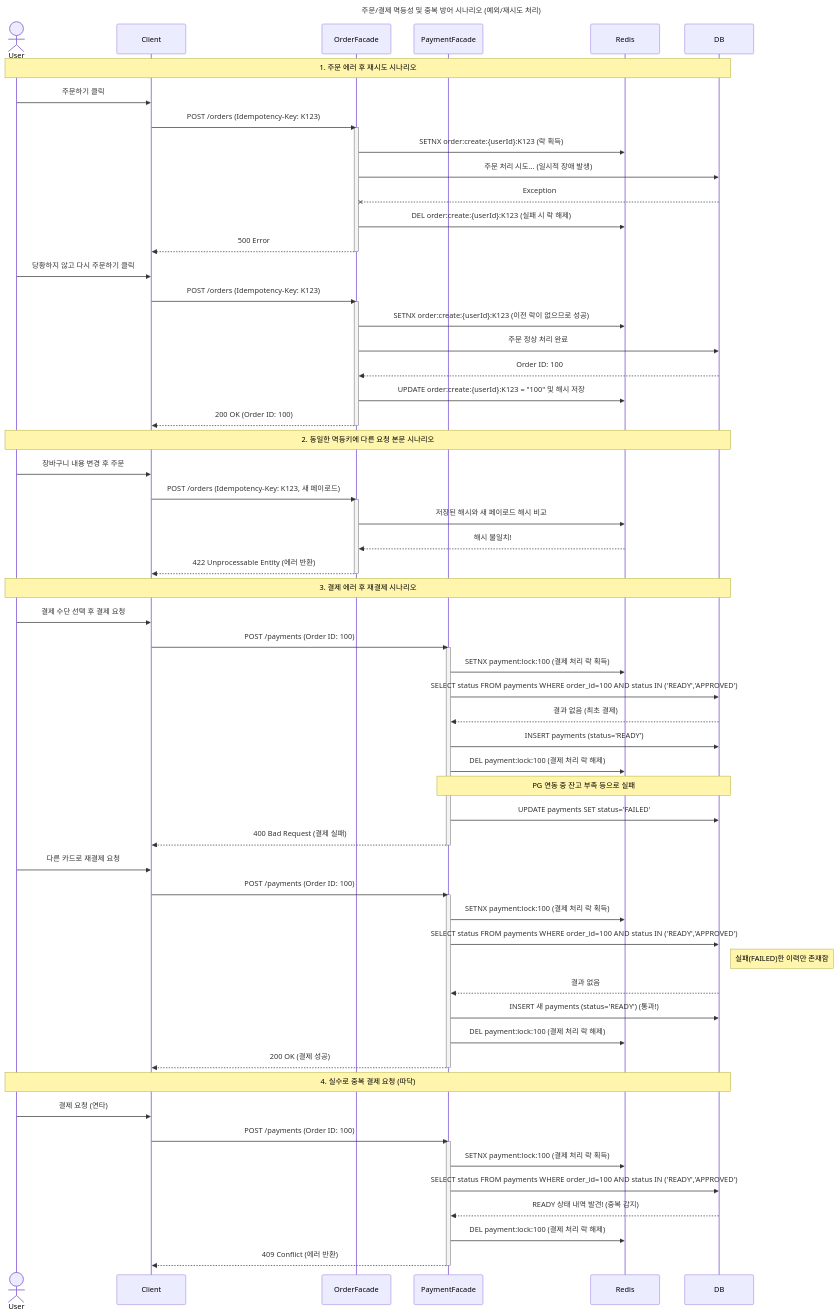
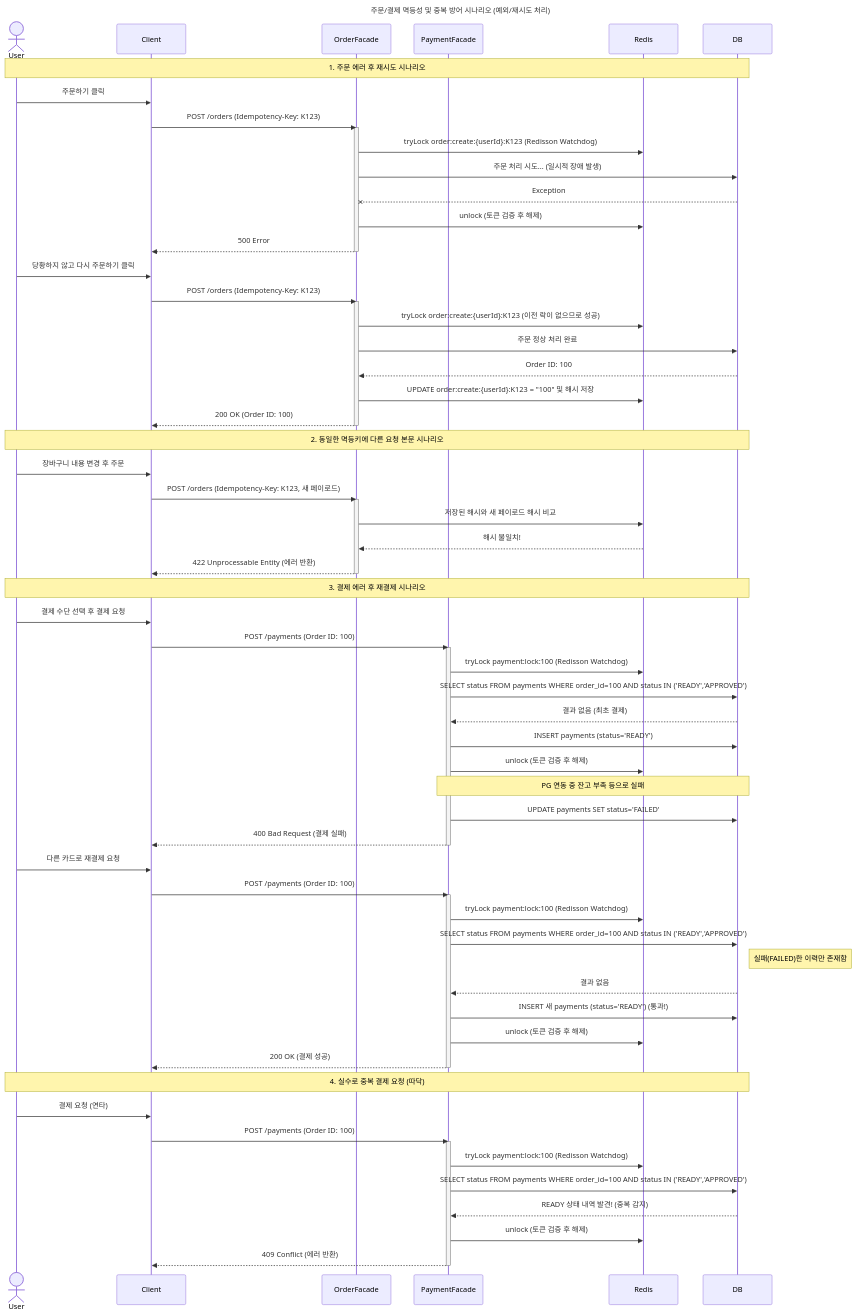
The second of 9 diagrams in docs/week2/02-sequence-diagrams.md (loopers-labs/loop-pack-be-l2-vol4-java), drawn with Mermaid before and after one commit. The commit also changed 2 other files, not shown here.

Commit message:
docs: Redisson 관련 설계 문서 현행화
STRUCTURAL CHANGE

````diff
--- a/docs/week2/02-sequence-diagrams.md
+++ b/docs/week2/02-sequence-diagrams.md
@@ -47,77 +47,77 @@
 ```mermaid
 sequenceDiagram
     title 주문/결제 멱등성 및 중복 방어 시나리오 (예외/재시도 처리)
     actor User
     participant Client
     participant OrderFacade
     participant PaymentFacade
     participant Redis
     participant DB
 
     Note over User, DB: 1. 주문 에러 후 재시도 시나리오
     User->>Client: 주문하기 클릭
     Client->>OrderFacade: POST /orders (Idempotency-Key: K123)
     activate OrderFacade
-    OrderFacade->>Redis: SETNX order:create:{userId}:K123 (락 획득)
+    OrderFacade->>Redis: tryLock order:create:{userId}:K123 (Redisson Watchdog)
     OrderFacade->>DB: 주문 처리 시도... (일시적 장애 발생)
     DB--xOrderFacade: Exception
-    OrderFacade->>Redis: DEL order:create:{userId}:K123 (실패 시 락 해제)
+    OrderFacade->>Redis: unlock (토큰 검증 후 해제)
     OrderFacade-->>Client: 500 Error
     deactivate OrderFacade
 
     User->>Client: 당황하지 않고 다시 주문하기 클릭
     Client->>OrderFacade: POST /orders (Idempotency-Key: K123)
     activate OrderFacade
-    OrderFacade->>Redis: SETNX order:create:{userId}:K123 (이전 락이 없으므로 성공)
+    OrderFacade->>Redis: tryLock order:create:{userId}:K123 (이전 락이 없으므로 성공)
     OrderFacade->>DB: 주문 정상 처리 완료
     DB-->>OrderFacade: Order ID: 100
     OrderFacade->>Redis: UPDATE order:create:{userId}:K123 = "100" 및 해시 저장
     OrderFacade-->>Client: 200 OK (Order ID: 100)
     deactivate OrderFacade
 
     Note over User, DB: 2. 동일한 멱등키에 다른 요청 본문 시나리오
     User->>Client: 장바구니 내용 변경 후 주문
     Client->>OrderFacade: POST /orders (Idempotency-Key: K123, 새 페이로드)
     activate OrderFacade
     OrderFacade->>Redis: 저장된 해시와 새 페이로드 해시 비교
     Redis-->>OrderFacade: 해시 불일치!
     OrderFacade-->>Client: 422 Unprocessable Entity (에러 반환)
     deactivate OrderFacade
 
     Note over User, DB: 3. 결제 에러 후 재결제 시나리오
     User->>Client: 결제 수단 선택 후 결제 요청
     Client->>PaymentFacade: POST /payments (Order ID: 100)
     activate PaymentFacade
-    PaymentFacade->>Redis: SETNX payment:lock:100 (결제 처리 락 획득)
+    PaymentFacade->>Redis: tryLock payment:lock:100 (Redisson Watchdog)
     PaymentFacade->>DB: SELECT status FROM payments WHERE order_id=100 AND status IN ('READY','APPROVED')
     DB-->>PaymentFacade: 결과 없음 (최초 결제)
     PaymentFacade->>DB: INSERT payments (status='READY')
-    PaymentFacade->>Redis: DEL payment:lock:100 (결제 처리 락 해제)
+    PaymentFacade->>Redis: unlock (토큰 검증 후 해제)
     Note over PaymentFacade, DB: PG 연동 중 잔고 부족 등으로 실패
     PaymentFacade->>DB: UPDATE payments SET status='FAILED'
     PaymentFacade-->>Client: 400 Bad Request (결제 실패)
     deactivate PaymentFacade
 
     User->>Client: 다른 카드로 재결제 요청
     Client->>PaymentFacade: POST /payments (Order ID: 100)
     activate PaymentFacade
-    PaymentFacade->>Redis: SETNX payment:lock:100 (결제 처리 락 획득)
+    PaymentFacade->>Redis: tryLock payment:lock:100 (Redisson Watchdog)
     PaymentFacade->>DB: SELECT status FROM payments WHERE order_id=100 AND status IN ('READY','APPROVED')
     Note right of DB: 실패(FAILED)한 이력만 존재함
     DB-->>PaymentFacade: 결과 없음
     PaymentFacade->>DB: INSERT 새 payments (status='READY') (통과!)
-    PaymentFacade->>Redis: DEL payment:lock:100 (결제 처리 락 해제)
+    PaymentFacade->>Redis: unlock (토큰 검증 후 해제)
     PaymentFacade-->>Client: 200 OK (결제 성공)
     deactivate PaymentFacade
 
     Note over User, DB: 4. 실수로 중복 결제 요청 (따닥)
     User->>Client: 결제 요청 (연타)
     Client->>PaymentFacade: POST /payments (Order ID: 100)
     activate PaymentFacade
-    PaymentFacade->>Redis: SETNX payment:lock:100 (결제 처리 락 획득)
+    PaymentFacade->>Redis: tryLock payment:lock:100 (Redisson Watchdog)
     PaymentFacade->>DB: SELECT status FROM payments WHERE order_id=100 AND status IN ('READY','APPROVED')
     DB-->>PaymentFacade: READY 상태 내역 발견! (중복 감지)
-    PaymentFacade->>Redis: DEL payment:lock:100 (결제 처리 락 해제)
+    PaymentFacade->>Redis: unlock (토큰 검증 후 해제)
     PaymentFacade-->>Client: 409 Conflict (에러 반환)
     deactivate PaymentFacade
 ```
````
